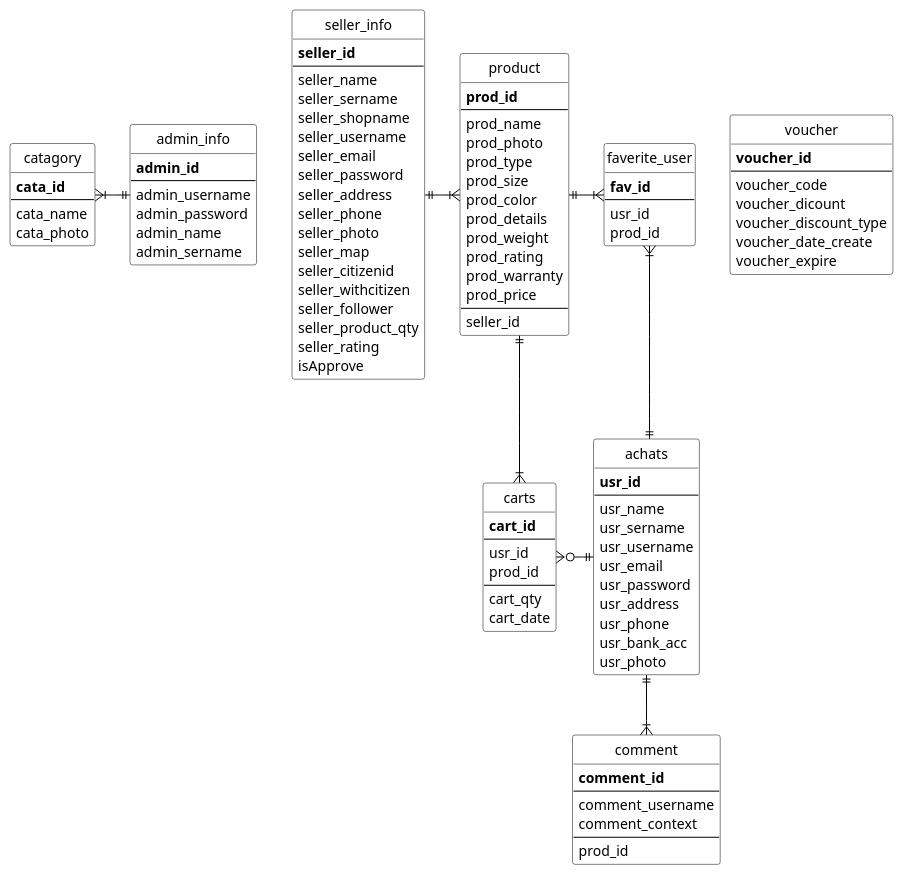
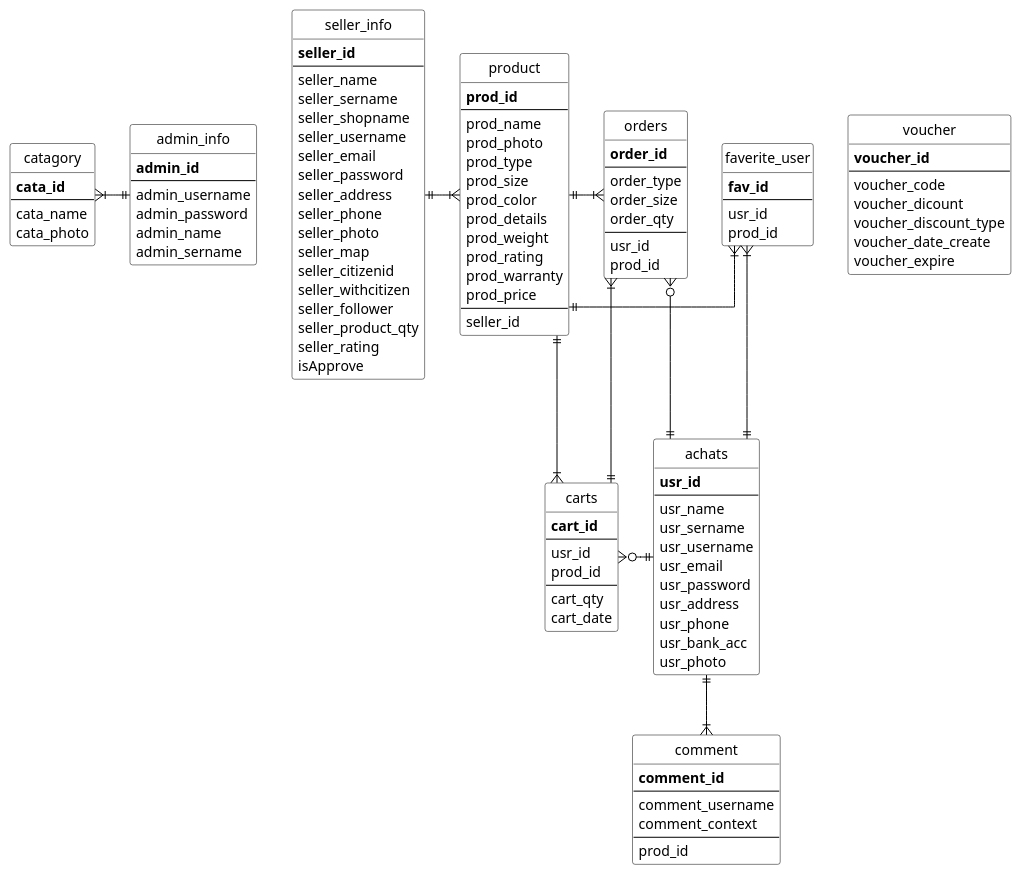
The diagram in sql/database_structure.pu (Ryoneme2/achatsProject), drawn with PlantUML before and after one commit. The commit also changed 9 other files, not shown here.

```diff
--- a/sql/database_structure.pu
+++ b/sql/database_structure.pu
@@ -1,125 +1,139 @@
 @startuml name
   skinparam linetype ortho
   skinparam packageStyle rectangle
   skinparam shadowing false
   skinparam class {
     BackgroundColor White
     BorderColor Black
     ArrowColor Black
   }
   ' hide members
   hide circle
 
   entity achats {
     **usr_id**
     --
     usr_name
     usr_sername
     usr_username
     usr_email
     usr_password
     usr_address
     usr_phone
     usr_bank_acc
     usr_photo
   }
 
   entity admin_info {
     **admin_id**
     --
     admin_username
     admin_password
     admin_name
     admin_sername
   }
 
   entity seller_info {
     **seller_id**
     --
     seller_name
     seller_sername
     seller_shopname
     seller_username
     seller_email
     seller_password
     seller_address
     seller_phone
     seller_photo
     seller_map
     seller_citizenid
     seller_withcitizen
     seller_follower
     seller_product_qty
     seller_rating
     isApprove
   }
 
   entity carts {
     **cart_id**
     --
     usr_id
     prod_id
     --
     cart_qty
     cart_date
   }
 
   entity product {
     **prod_id**
     --
     prod_name
     prod_photo
     prod_type
     prod_size
     prod_color
     prod_details
     prod_weight
     prod_rating
     prod_warranty
     prod_price
     --
     seller_id
   }
 
+  entity orders {
+    **order_id**
+    --
+    order_type
+    order_size
+    order_qty
+    --
+    usr_id
+    prod_id
+  }
+
   entity catagory {
     **cata_id**
     --
     cata_name
     cata_photo
   }
 
   entity faverite_user {
     **fav_id**
     --
     usr_id
     prod_id
   }
 
   entity comment {
     **comment_id**
     --
     comment_username
     comment_context
     --
     prod_id
   }
 
   entity voucher {
     **voucher_id**
     --
     voucher_code
     voucher_dicount
     voucher_discount_type
     voucher_date_create
     voucher_expire
   }
 
   achats ||-up-|{ faverite_user
   achats ||-down-|{ comment
   achats ||-left-o{ carts
+  achats ||-left-o{ orders
   product ||-right-|{ faverite_user
+  carts ||-up-|{ orders
   seller_info ||-right-|{ product
   product ||-right-|{ carts
+  product ||-right-|{ orders
   admin_info ||-left-|{ catagory
 
 @enduml
```
